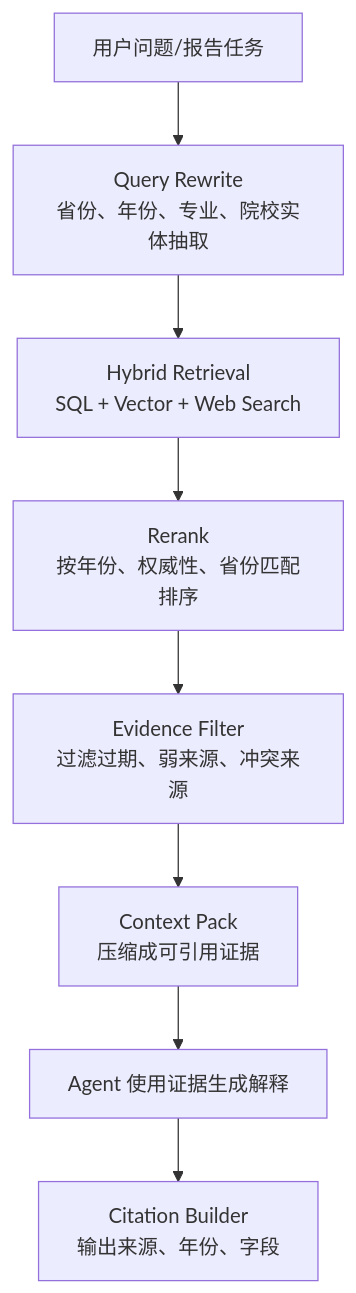
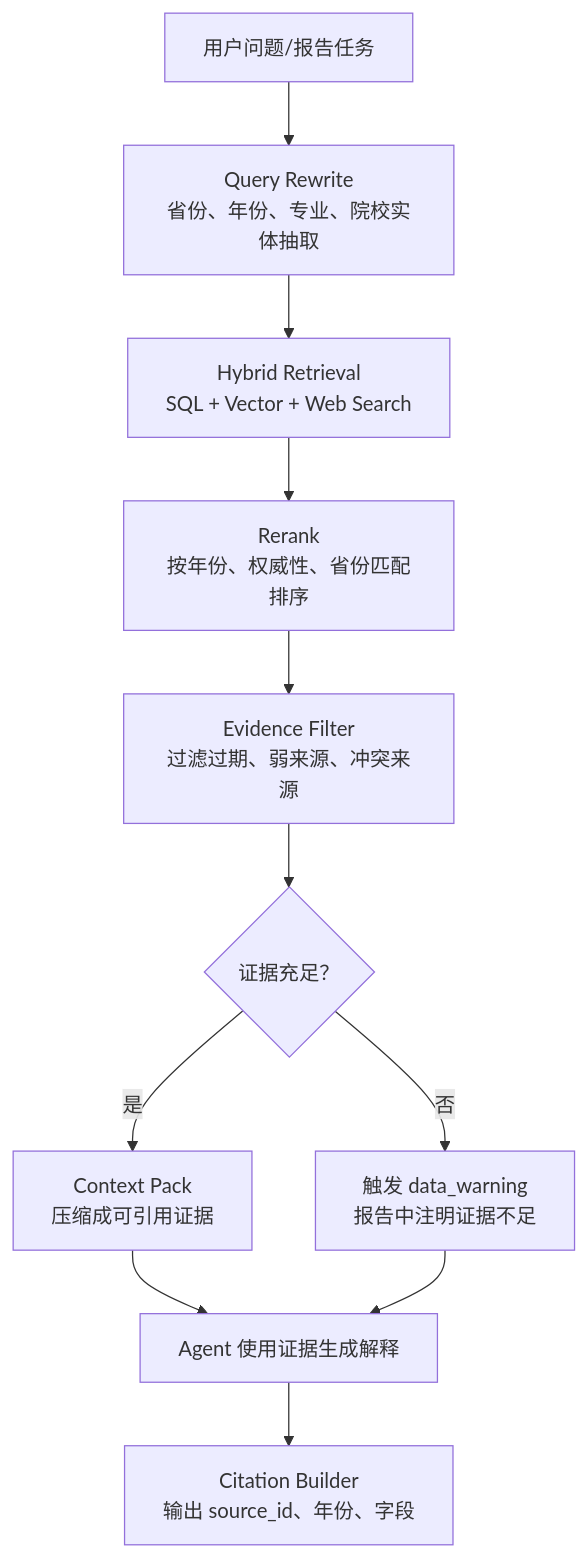
One commit to debugzhao/jin-guide changed the third of 4 diagrams in docs/backend-prd.md. Above: the diagram before and after it, drawn with Mermaid. The commit also changed other lines of this file and 3 other files, not shown here.

````diff
--- a/docs/backend-prd.md
+++ b/docs/backend-prd.md
@@ -324,10 +439,13 @@
 ```mermaid
 flowchart TD
   A["用户问题/报告任务"] --> B["Query Rewrite<br/>省份、年份、专业、院校实体抽取"]
   B --> C["Hybrid Retrieval<br/>SQL + Vector + Web Search"]
   C --> D["Rerank<br/>按年份、权威性、省份匹配排序"]
   D --> E["Evidence Filter<br/>过滤过期、弱来源、冲突来源"]
-  E --> F["Context Pack<br/>压缩成可引用证据"]
-  F --> G["Agent 使用证据生成解释"]
-  G --> H["Citation Builder<br/>输出来源、年份、字段"]
+  E --> F{"证据充足？"}
+  F -- "是" --> G["Context Pack<br/>压缩成可引用证据"]
+  F -- "否" --> H["触发 data_warning<br/>报告中注明证据不足"]
+  G --> I["Agent 使用证据生成解释"]
+  H --> I
+  I --> J["Citation Builder<br/>输出 source_id、年份、字段"]
 ```
````
